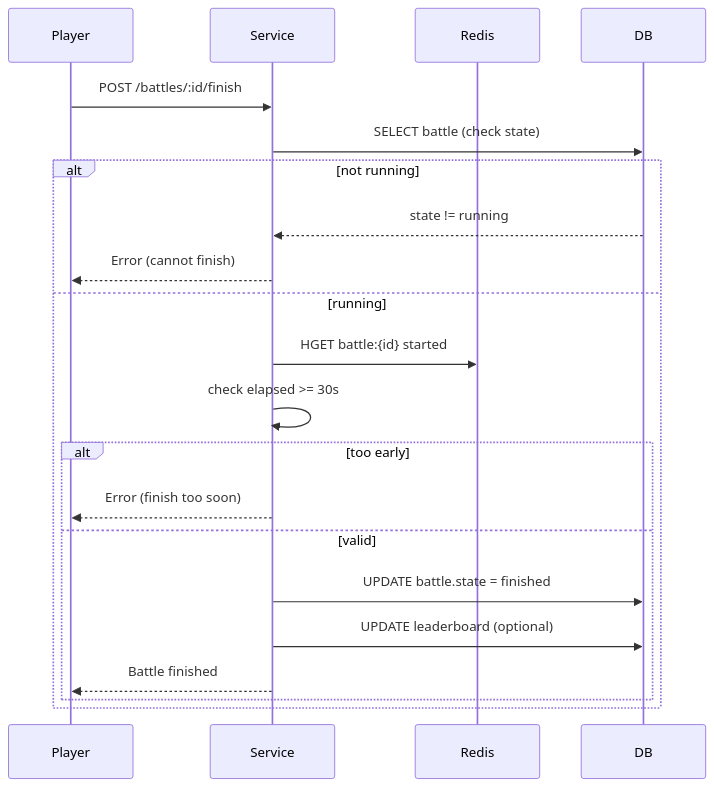
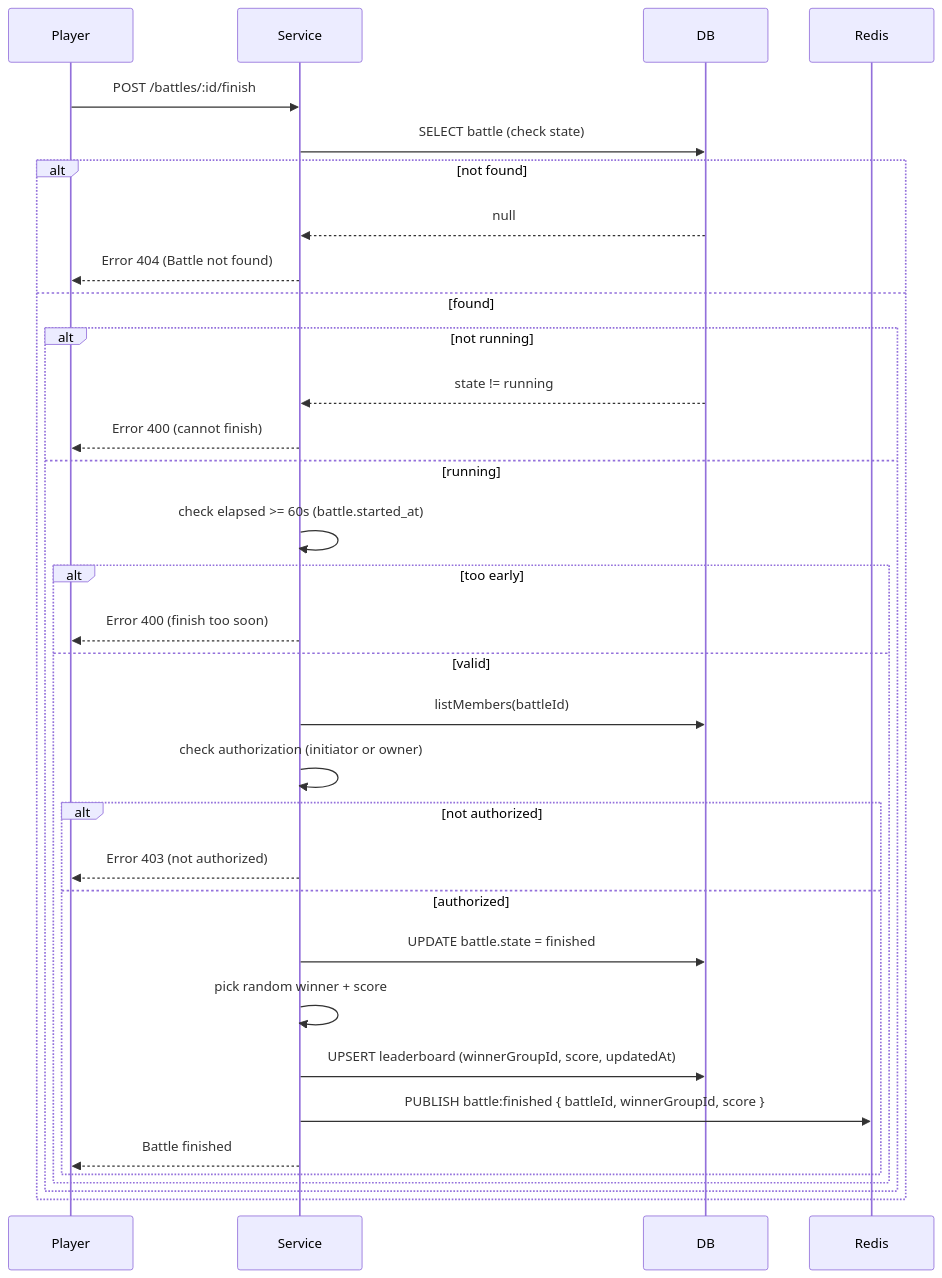
The fifth of 5 diagrams in README.md (akulnurislam/social-game), drawn with Mermaid before and after one commit. The commit also changed other lines of this file, not shown here.

Commit message:
readme update flow

````diff
--- a/README.md
+++ b/README.md
@@ -256,24 +300,36 @@
    ```mermaid
    sequenceDiagram
        participant Player
        participant Service
+       participant DB
        participant Redis
-       participant DB
    
        Player->>Service: POST /battles/:id/finish
        Service->>DB: SELECT battle (check state)
-       alt not running
-           DB-->>Service: state != running
-           Service-->>Player: Error (cannot finish)
-       else running
-           Service->>Redis: HGET battle:{id} started
-           Service->>Service: check elapsed >= 30s
-           alt too early
-               Service-->>Player: Error (finish too soon)
-           else valid
-               Service->>DB: UPDATE battle.state = finished
-               Service->>DB: UPDATE leaderboard (optional)
-               Service-->>Player: Battle finished
-           end
-       end
+       alt not found
+            DB-->>Service: null
+            Service-->>Player: Error 404 (Battle not found)
+        else found
+            alt not running
+                DB-->>Service: state != running
+                Service-->>Player: Error 400 (cannot finish)
+            else running
+                Service->>Service: check elapsed >= 60s (battle.started_at)
+                alt too early
+                    Service-->>Player: Error 400 (finish too soon)
+                else valid
+                    Service->>DB: listMembers(battleId)
+                    Service->>Service: check authorization (initiator or owner)
+                    alt not authorized
+                        Service-->>Player: Error 403 (not authorized)
+                    else authorized
+                        Service->>DB: UPDATE battle.state = finished
+                        Service->>Service: pick random winner + score
+                        Service->>DB: UPSERT leaderboard (winnerGroupId, score, updatedAt)
+                        Service->>Redis: PUBLISH battle:finished { battleId, winnerGroupId, score }
+                        Service-->>Player: Battle finished
+                    end
+                end
+        end
+    end
    ```
````
